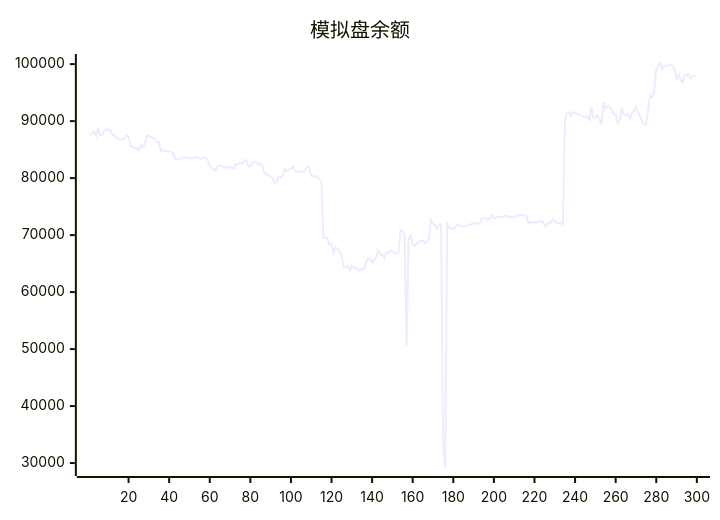
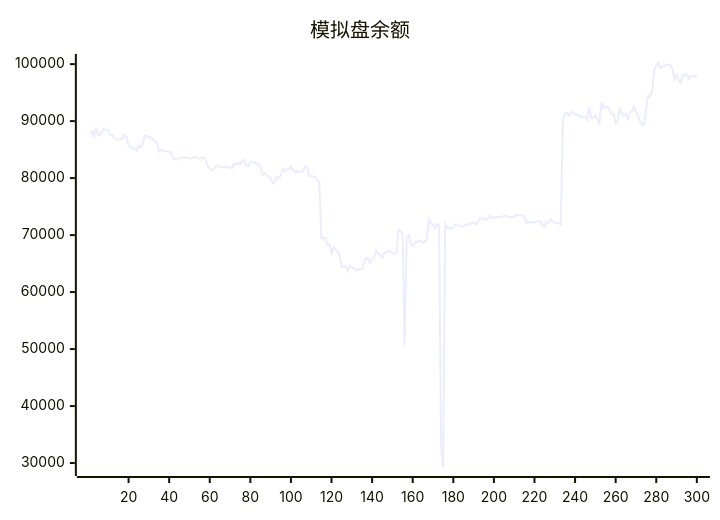
Before and after one commit to aahl/ai-trading: the diagram in README.md, drawn with Mermaid. The commit also changed other lines of this file and 1 other file, not shown here.

````diff
--- a/README.md
+++ b/README.md
@@ -5,5 +5,5 @@
 ```mermaid
 xychart
     title "模拟盘余额"
-    line [87483,87886,88180,87335,88894,87544,87608,88207,88755,88401,88444,87543,87608,87000,86810,86740,86894,86884,87576,87209,85686,85435,85251,85255,84820,85689,85453,86066,87420,87373,87161,87178,86740,86341,86315,84643,85012,84772,84768,84690,84635,84376,83360,83357,83259,83474,83608,83606,83602,83548,83440,83454,83724,83644,83464,83365,83590,83592,83275,82072,81806,81344,81492,82109,82254,82006,81848,81955,81829,82022,81769,81776,82522,82441,82656,82498,83144,83144,82150,82038,82797,82763,82872,82367,82536,81981,80612,80862,80484,80242,80034,79063,79245,80226,80016,80507,81625,81233,81544,81578,82016,81401,81019,81186,81130,81118,81306,82066,81909,80392,80304,80291,80258,79729,79261,69466,69579,69456,68251,68415,66832,67911,67462,67144,66432,64380,64375,64606,63740,64647,64324,64216,63842,63877,64078,64008,65156,65945,65888,65157,65625,66144,67284,66653,66639,65924,66925,66956,67263,67108,66766,66729,66886,70927,70673,70049,50652,69334,69973,68400,68061,68578,68876,68879,69055,68662,68822,69329,72687,71999,71760,71162,71911,71896,32500,29218,71927,71297,71305,71044,71337,71883,71822,71536,71536,71622,71723,71880,71860,72100,72216,71887,72077,72940,72976,72966,72638,72948,73497,73004,73041,73173,73160,73186,73258,73375,73351,73173,73098,73161,73305,73474,73536,73457,73413,73412,72100,72333,72164,72272,72204,72285,72461,72421,71652,71521,72267,72157,72774,72424,72144,72060,72091,71858,90185,91338,91466,90900,91678,91404,91268,91244,90903,90779,90787,90721,90187,92429,90518,90619,91070,90328,89376,93286,92202,92581,92485,91947,91196,91259,89619,90086,92063,91355,90950,91327,90373,91498,91800,92531,91603,90910,90031,89351,89334,92097,94406,94315,95455,98972,99763,100286,99229,99622,99701,99805,99938,99738,99082,97430,98094,97267,96741,98081,98013,98194,97447,97983,97789,97969]
+    line [87886,88180,87335,88894,87544,87608,88207,88755,88401,88444,87543,87608,87000,86810,86740,86894,86884,87576,87209,85686,85435,85251,85255,84820,85689,85453,86066,87420,87373,87161,87178,86740,86341,86315,84643,85012,84772,84768,84690,84635,84376,83360,83357,83259,83474,83608,83606,83602,83548,83440,83454,83724,83644,83464,83365,83590,83592,83275,82072,81806,81344,81492,82109,82254,82006,81848,81955,81829,82022,81769,81776,82522,82441,82656,82498,83144,83144,82150,82038,82797,82763,82872,82367,82536,81981,80612,80862,80484,80242,80034,79063,79245,80226,80016,80507,81625,81233,81544,81578,82016,81401,81019,81186,81130,81118,81306,82066,81909,80392,80304,80291,80258,79729,79261,69466,69579,69456,68251,68415,66832,67911,67462,67144,66432,64380,64375,64606,63740,64647,64324,64216,63842,63877,64078,64008,65156,65945,65888,65157,65625,66144,67284,66653,66639,65924,66925,66956,67263,67108,66766,66729,66886,70927,70673,70049,50652,69334,69973,68400,68061,68578,68876,68879,69055,68662,68822,69329,72687,71999,71760,71162,71911,71896,32500,29218,71927,71297,71305,71044,71337,71883,71822,71536,71536,71622,71723,71880,71860,72100,72216,71887,72077,72940,72976,72966,72638,72948,73497,73004,73041,73173,73160,73186,73258,73375,73351,73173,73098,73161,73305,73474,73536,73457,73413,73412,72100,72333,72164,72272,72204,72285,72461,72421,71652,71521,72267,72157,72774,72424,72144,72060,72091,71858,90185,91338,91466,90900,91678,91404,91268,91244,90903,90779,90787,90721,90187,92429,90518,90619,91070,90328,89376,93286,92202,92581,92485,91947,91196,91259,89619,90086,92063,91355,90950,91327,90373,91498,91800,92531,91603,90910,90031,89351,89334,92097,94406,94315,95455,98972,99763,100286,99229,99622,99701,99805,99938,99738,99082,97430,98094,97267,96741,98081,98013,98194,97447,97983,97789,97969,97729]
 ```
````
